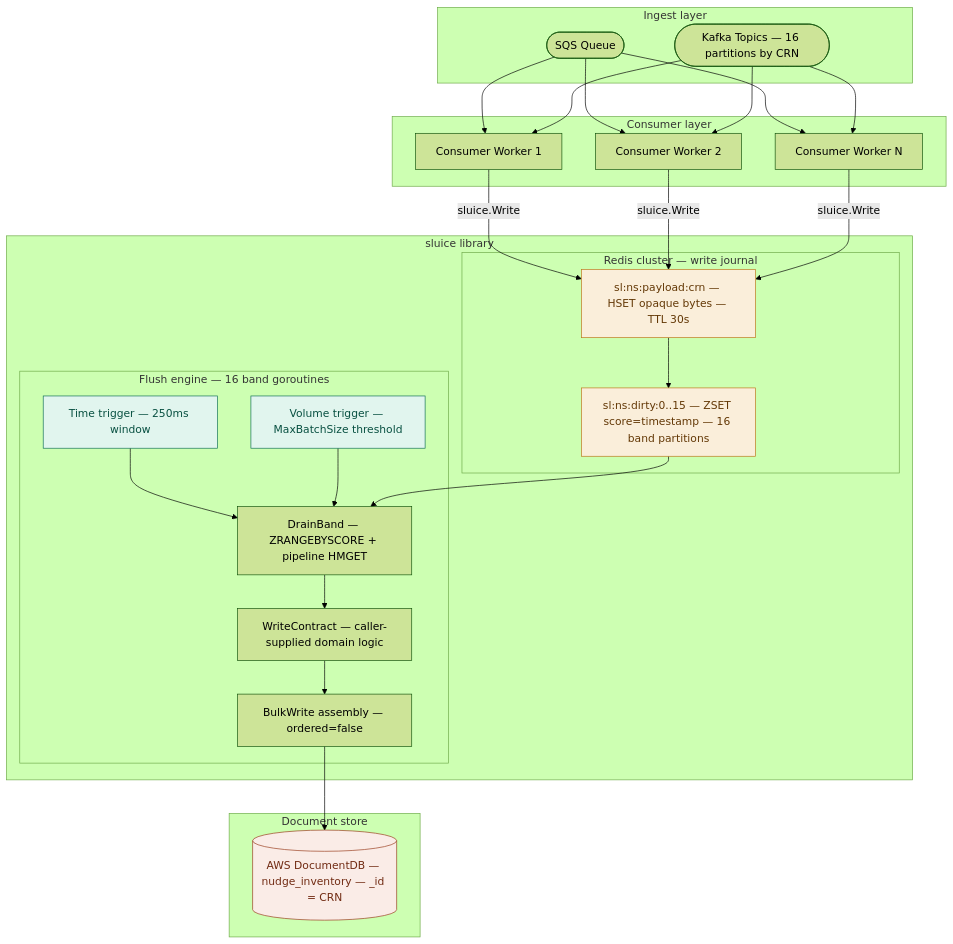
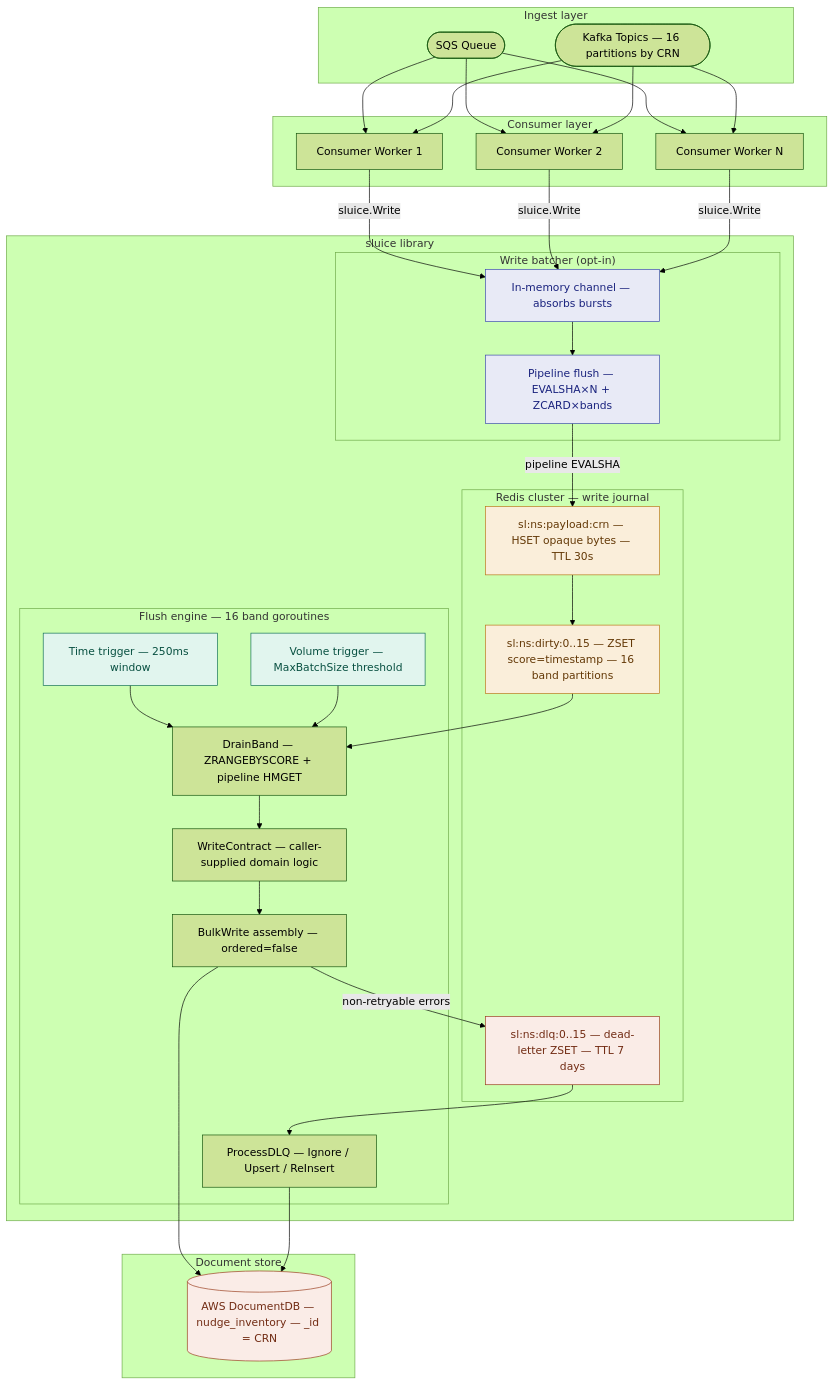
The eighth of 10 diagrams in README.md (hussainpithawala/sluice-go), drawn with Mermaid (forest theme) before and after one commit. The commit also changed other lines of this file, not shown here.

````diff
--- a/README.md
+++ b/README.md
@@ -249,54 +249,68 @@
 ```mermaid
 flowchart TD
     subgraph Ingest ["Ingest layer"]
         SQS([SQS Queue])
         KAF(["Kafka Topics — 16 partitions by CRN"])
     end
 
     subgraph Consumers ["Consumer layer"]
         CW1[Consumer Worker 1]
         CW2[Consumer Worker 2]
         CWN[Consumer Worker N]
     end
 
     subgraph Library ["sluice library"]
         subgraph Journal ["Redis cluster — write journal"]
             PH["sl:ns:payload:crn — HSET opaque bytes — TTL 30s"]
             DS["sl:ns:dirty:0..15 — ZSET score=timestamp — 16 band partitions"]
+            DLQ["sl:ns:dlq:0..15 — dead-letter ZSET — TTL 7 days"]
+        end
+        subgraph Batcher ["Write batcher (opt-in)"]
+            BC["In-memory channel — absorbs bursts"]
+            BP["Pipeline flush — EVALSHA×N + ZCARD×bands"]
         end
         subgraph Engine ["Flush engine — 16 band goroutines"]
             TT["Time trigger — 250ms window"]
             VT["Volume trigger — MaxBatchSize threshold"]
             DR["DrainBand — ZRANGEBYSCORE + pipeline HMGET"]
             WC["WriteContract — caller-supplied domain logic"]
             BW["BulkWrite assembly — ordered=false"]
+            DLP["ProcessDLQ — Ignore / Upsert / ReInsert"]
         end
     end
 
     subgraph Store ["Document store"]
         DB[("AWS DocumentDB — nudge_inventory — _id = CRN")]
     end
 
     SQS --> CW1
     SQS --> CW2
     SQS --> CWN
     KAF --> CW1
     KAF --> CW2
     KAF --> CWN
-    CW1 -->|"sluice.Write"| PH
-    CW2 -->|"sluice.Write"| PH
-    CWN -->|"sluice.Write"| PH
+    CW1 -->|"sluice.Write"| BC
+    CW2 -->|"sluice.Write"| BC
+    CWN -->|"sluice.Write"| BC
+    BC --> BP
+    BP -->|"pipeline EVALSHA"| PH
     PH --> DS
     TT --> DR
     VT --> DR
     DS --> DR
     DR --> WC
     WC --> BW
+    BW -->|"non-retryable errors"| DLQ
     BW --> DB
+    DLQ --> DLP
+    DLP --> DB
 
     style PH fill:#FAEEDA,stroke:#BA7517,color:#633806
     style DS fill:#FAEEDA,stroke:#BA7517,color:#633806
+    style DLQ fill:#FAECE7,stroke:#993C1D,color:#712B13
     style DB fill:#FAECE7,stroke:#993C1D,color:#712B13
     style TT fill:#E1F5EE,stroke:#0F6E56,color:#085041
     style VT fill:#E1F5EE,stroke:#0F6E56,color:#085041
+    style BC fill:#E8EAF6,stroke:#3949AB,color:#1A237E
+    style BP fill:#E8EAF6,stroke:#3949AB,color:#1A237E
 ```
````
